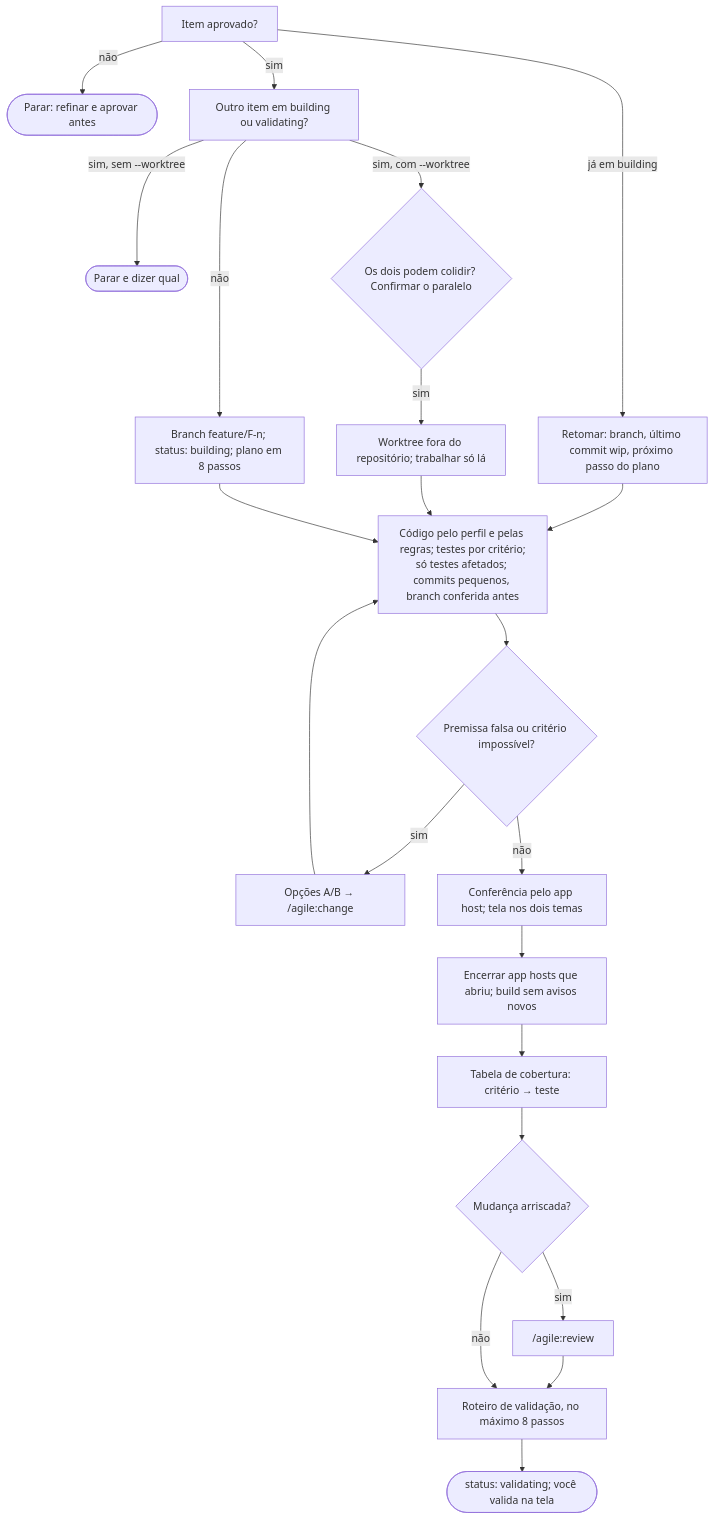
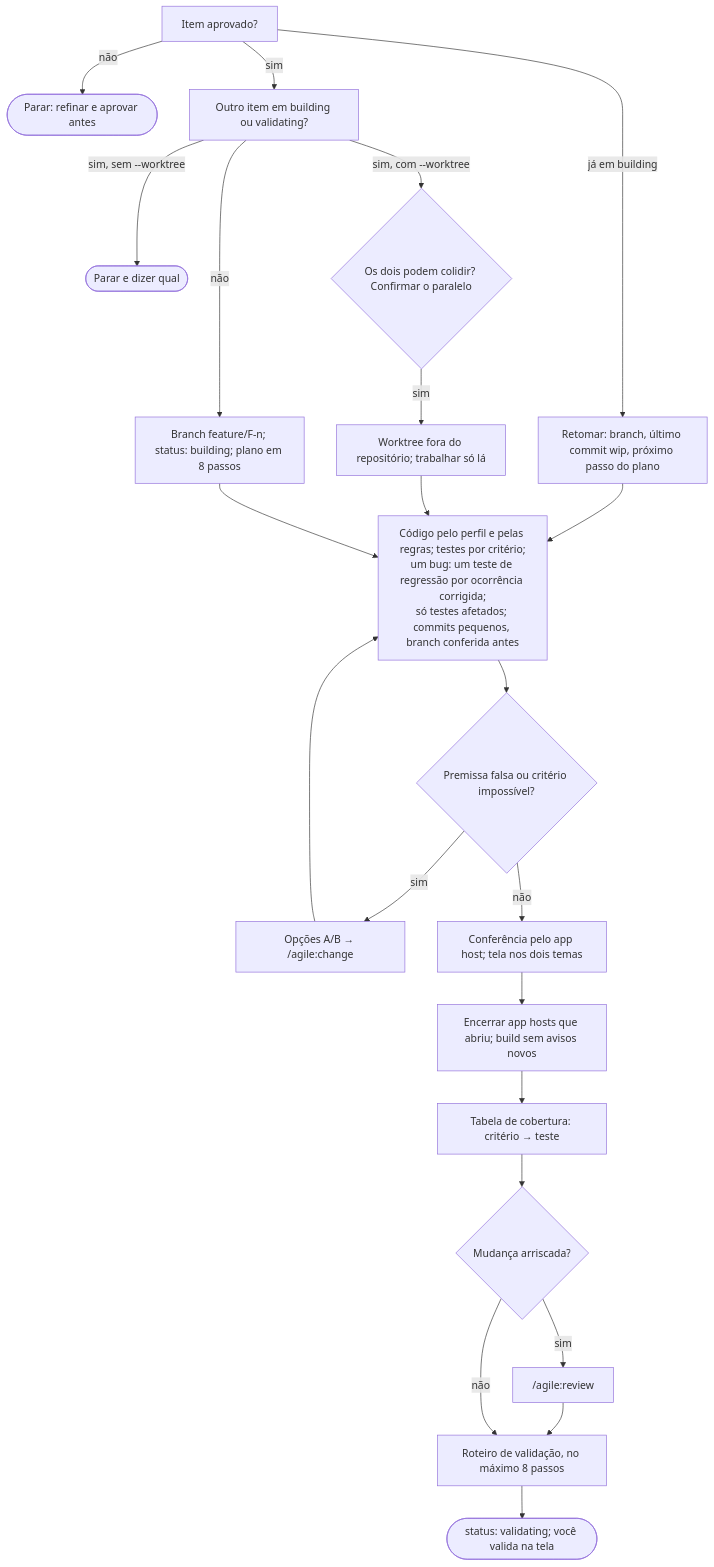
Before and after one commit to alexcanario/simulab: the eighth of 15 diagrams in docs/agile/workflow.pt-BR.md, drawn with Mermaid. The commit also changed other lines of this file and 10 other files, not shown here.

````diff
--- a/docs/agile/workflow.pt-BR.md
+++ b/docs/agile/workflow.pt-BR.md
@@ -939,24 +962,24 @@
 ```mermaid
 flowchart TD
     A["Item aprovado?"] -->|já em building| A2["Retomar: branch, último commit wip, próximo passo do plano"]
     A2 --> D
     A -->|não| A1(["Parar: refinar e aprovar antes"])
     A -->|sim| B["Outro item em building ou validating?"]
     B -->|sim, sem --worktree| B1(["Parar e dizer qual"])
     B -->|sim, com --worktree| B2{"Os dois podem colidir? Confirmar o paralelo"}
     B2 -->|sim| C2["Worktree fora do repositório; trabalhar só lá"]
     B -->|não| C["Branch feature/F-n; status: building; plano em 8 passos"]
     C2 --> D
-    C --> D["Código pelo perfil e pelas regras; testes por critério;<br/>só testes afetados; commits pequenos, branch conferida antes"]
+    C --> D["Código pelo perfil e pelas regras; testes por critério;<br/>um bug: um teste de regressão por ocorrência corrigida;<br/>só testes afetados; commits pequenos, branch conferida antes"]
     D --> E{"Premissa falsa ou critério impossível?"}
     E -->|sim| E1["Opções A/B → /agile:change"]
     E1 --> D
     E -->|não| F["Conferência pelo app host; tela nos dois temas"]
     F --> G["Encerrar app hosts que abriu; build sem avisos novos"]
     G --> H["Tabela de cobertura: critério → teste"]
     H --> I{"Mudança arriscada?"}
     I -->|sim| I1["/agile:review"]
     I1 --> J
     I -->|não| J["Roteiro de validação, no máximo 8 passos"]
     J --> K(["status: validating; você valida na tela"])
 ```
````
